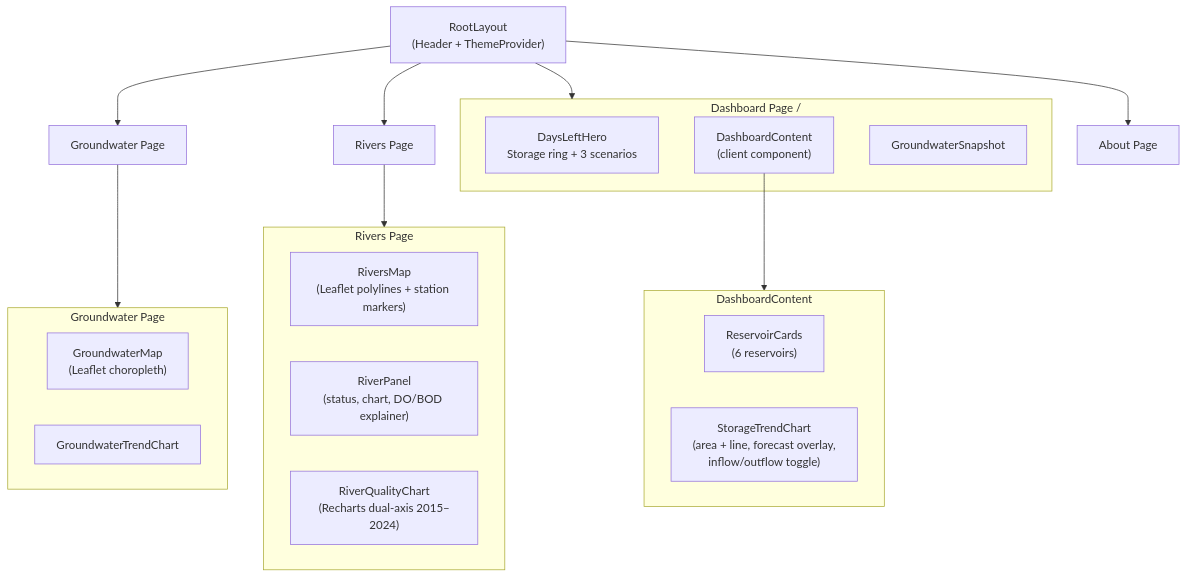
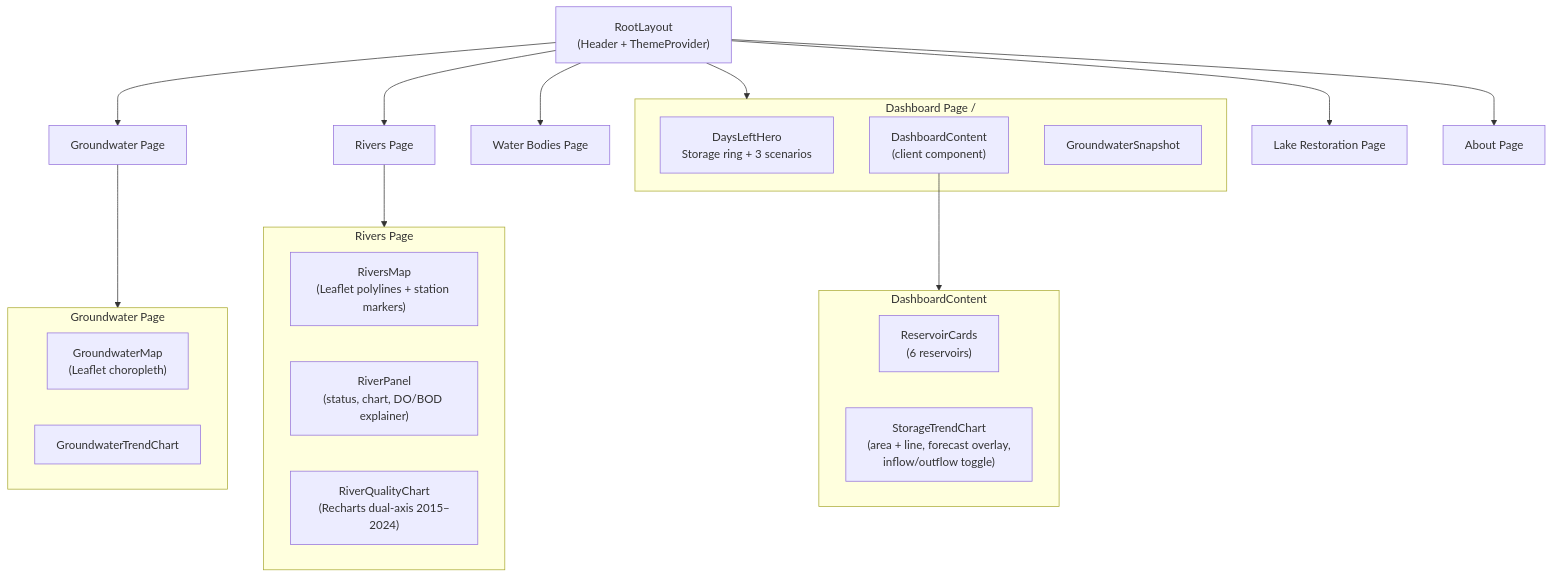
The fifth of 5 diagrams in ARCHITECTURE.md (SundareshPrasanna/neer-vazhvu), drawn with Mermaid before and after one commit. The commit also changed other lines of this file and 36 other files, not shown here.

First line of the commit message:
feat: merge water bodies and restoration into unified map view

````diff
--- a/ARCHITECTURE.md
+++ b/ARCHITECTURE.md
@@ -236,37 +254,39 @@
 ```mermaid
 graph TD
     Layout["RootLayout<br/>(Header + ThemeProvider)"]
 
     Layout --> Dashboard
     Layout --> GW["Groundwater Page"]
+    Layout --> WB["Water Bodies Page"]
     Layout --> RV["Rivers Page"]
+    Layout --> LR["Lake Restoration Page"]
     Layout --> About["About Page"]
 
     subgraph Dashboard["Dashboard Page /"]
         DLH["DaysLeftHero<br/>Storage ring + 3 scenarios"]
         DC["DashboardContent<br/>(client component)"]
         GWS["GroundwaterSnapshot"]
     end
 
     subgraph DC_Children["DashboardContent"]
         RC["ReservoirCards<br/>(6 reservoirs)"]
         STC["StorageTrendChart<br/>(area + line, forecast overlay,<br/>inflow/outflow toggle)"]
     end
 
     DC --> DC_Children
 
     subgraph GW_Children["Groundwater Page"]
         GM["GroundwaterMap<br/>(Leaflet choropleth)"]
         GT["GroundwaterTrendChart"]
     end
 
     GW --> GW_Children
 
     subgraph RV_Children["Rivers Page"]
         RM["RiversMap<br/>(Leaflet polylines + station markers)"]
         RP["RiverPanel<br/>(status, chart, DO/BOD explainer)"]
         RQC["RiverQualityChart<br/>(Recharts dual-axis 2015–2024)"]
     end
 
     RV --> RV_Children
 ```
````
